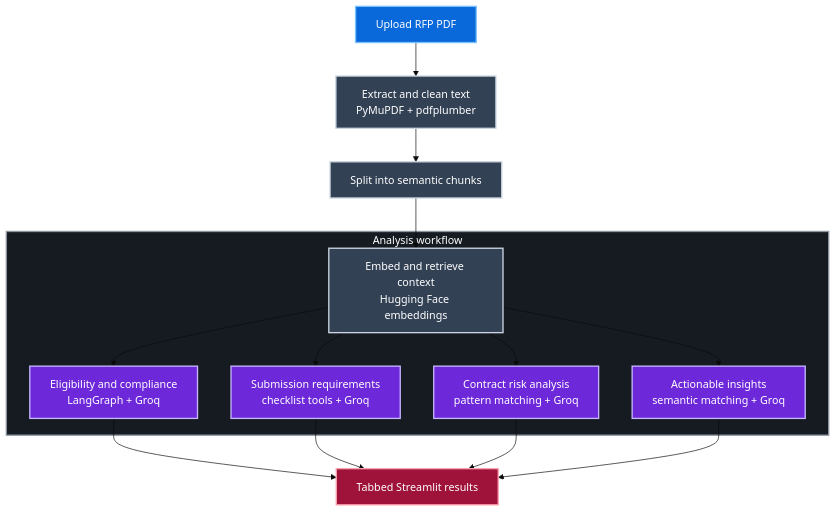
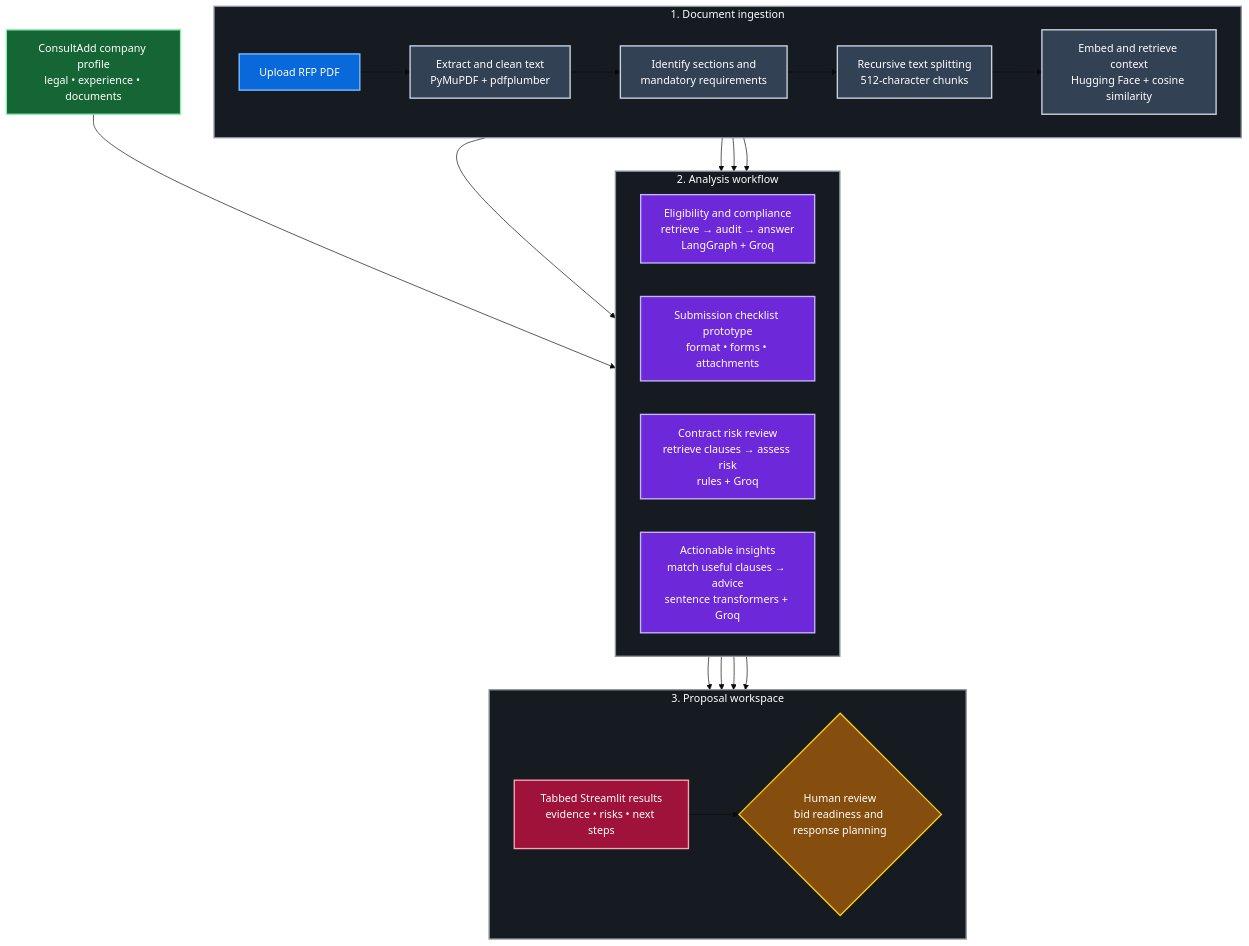
Before and after one commit to that-rookie-parth/HomersHackers: the diagram in README.md, drawn with Mermaid (base theme).

Commit message:
docs: expand RFP architecture diagram

````diff
--- a/README.md
+++ b/README.md
@@ -46,29 +46,62 @@
 ```mermaid
 flowchart TB
-    input[Upload RFP PDF] --> extract[Extract and clean text<br/>PyMuPDF + pdfplumber]
-    extract --> chunks[Split into semantic chunks]
-    chunks --> retrieve[Embed and retrieve context<br/>Hugging Face embeddings]
+    subgraph ingestion[1. Document ingestion]
+        direction LR
+        input[Upload RFP PDF]
+        extract[Extract and clean text<br/>PyMuPDF + pdfplumber]
+        parse[Identify sections and<br/>mandatory requirements]
+        chunks[Recursive text splitting<br/>512-character chunks]
+        retrieve[Embed and retrieve context<br/>Hugging Face + cosine similarity]
 
-    subgraph workflow[Analysis workflow]
-        retrieve --> eligibility[Eligibility and compliance<br/>LangGraph + Groq]
-        retrieve --> checklist[Submission requirements<br/>checklist tools + Groq]
-        retrieve --> risk[Contract risk analysis<br/>pattern matching + Groq]
-        retrieve --> insights[Actionable insights<br/>semantic matching + Groq]
+        input --> extract
+        extract --> parse
+        parse --> chunks
+        chunks --> retrieve
     end
 
-    eligibility --> results[Tabbed Streamlit results]
+    company[ConsultAdd company profile<br/>legal • experience • documents]
+
+    subgraph workflow[2. Analysis workflow]
+        direction LR
+        eligibility[Eligibility and compliance<br/>retrieve → audit → answer<br/>LangGraph + Groq]
+        checklist[Submission checklist prototype<br/>format • forms • attachments]
+        risk[Contract risk review<br/>retrieve clauses → assess risk<br/>rules + Groq]
+        insights[Actionable insights<br/>match useful clauses → advice<br/>sentence transformers + Groq]
+    end
+
+    subgraph presentation[3. Proposal workspace]
+        direction LR
+        results[Tabbed Streamlit results<br/>evidence • risks • next steps]
+        review{Human review<br/>bid readiness and response planning}
+
+        results --> review
+    end
+
+    retrieve --> eligibility
+    retrieve --> checklist
+    retrieve --> risk
+    retrieve --> insights
+    company --> eligibility
+
+    eligibility --> results
     checklist --> results
     risk --> results
     insights --> results
 
     classDef entry fill:#0969DA,stroke:#79C0FF,color:#FFFFFF,stroke-width:2px
     classDef process fill:#334155,stroke:#CBD5E1,color:#FFFFFF,stroke-width:2px
+    classDef decision fill:#854D0E,stroke:#FACC15,color:#FFFFFF,stroke-width:2px
     classDef action fill:#6D28D9,stroke:#C4B5FD,color:#FFFFFF,stroke-width:2px
+    classDef service fill:#166534,stroke:#86EFAC,color:#FFFFFF,stroke-width:2px
     classDef output fill:#9F1239,stroke:#FDA4AF,color:#FFFFFF,stroke-width:2px
 
     class input entry
-    class extract,chunks,retrieve process
+    class extract,parse,chunks,retrieve process
+    class review decision
     class eligibility,checklist,risk,insights action
+    class company service
     class results output
+    style ingestion fill:#161B22,stroke:#8B949E,color:#FFFFFF,stroke-width:2px
     style workflow fill:#161B22,stroke:#8B949E,color:#FFFFFF,stroke-width:2px
+    style presentation fill:#161B22,stroke:#8B949E,color:#FFFFFF,stroke-width:2px
 ```
````
